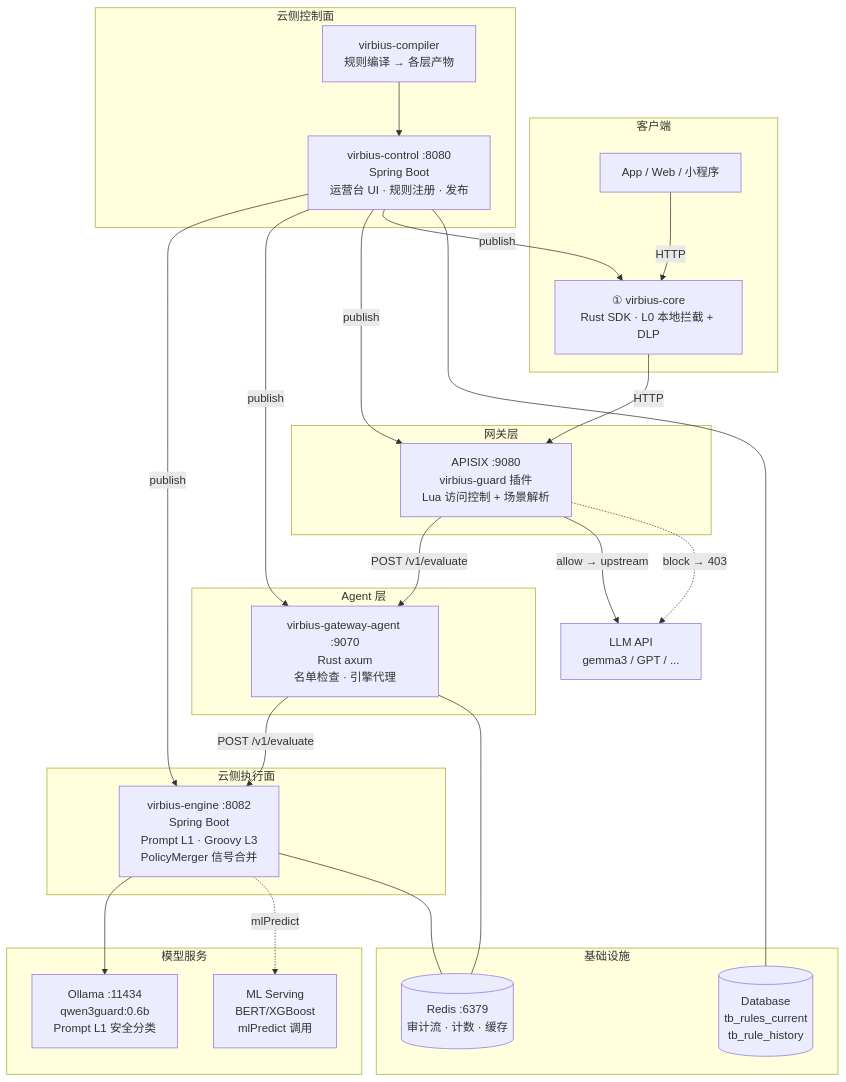
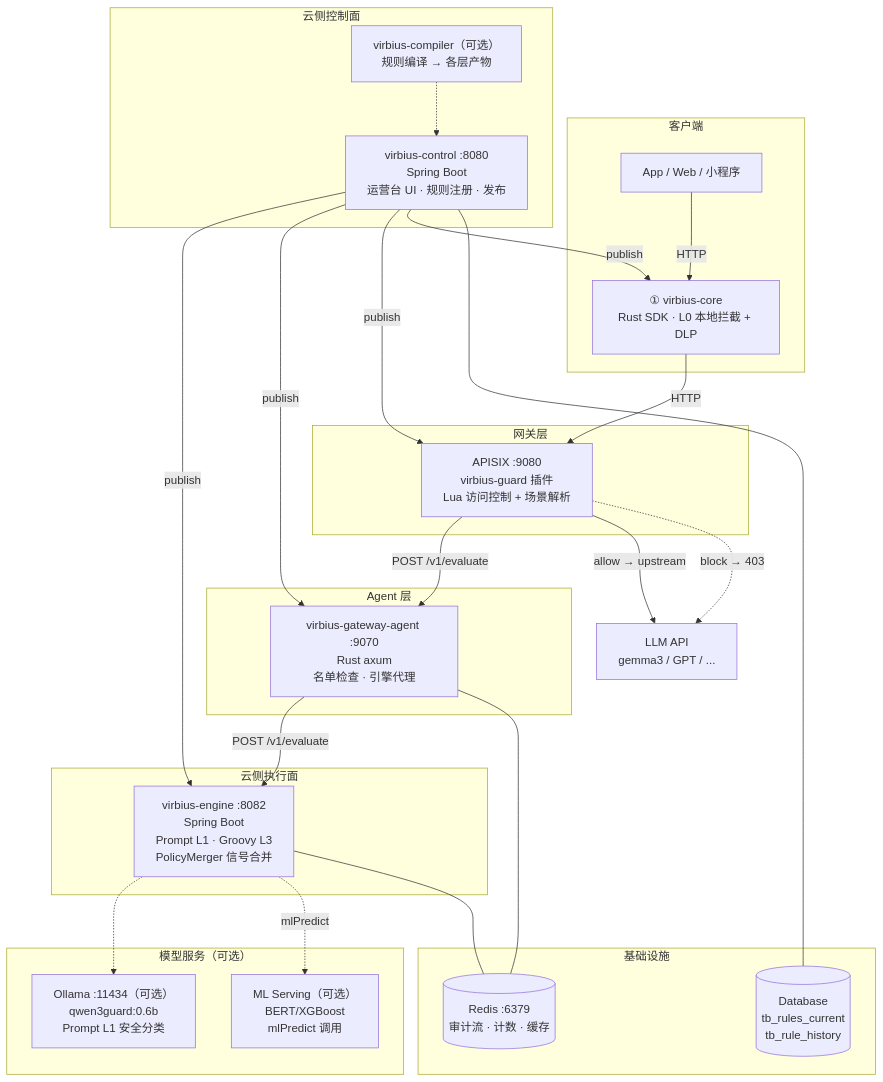
Before and after one commit to i1see1you/VirbiusLLM: the second of 2 diagrams in README.zh.md, drawn with Mermaid. The commit also changed other lines of this file and 3 other files, not shown here.

````diff
--- a/README.zh.md
+++ b/README.zh.md
@@ -68,49 +68,49 @@
 ```mermaid
 flowchart TB
     subgraph Client["客户端"]
         APP["App / Web / 小程序"]
         EDGE["① virbius-core<br/>Rust SDK · L0 本地拦截 + DLP"]
     end
 
     subgraph Gateway["网关层"]
         APISIX["APISIX :9080<br/>virbius-guard 插件<br/>Lua 访问控制 + 场景解析"]
     end
 
     subgraph Agent["Agent 层"]
         AGENT["virbius-gateway-agent :9070<br/>Rust axum<br/>名单检查 · 引擎代理"]
     end
 
     subgraph Engine["云侧执行面"]
         ENGINE["virbius-engine :8082<br/>Spring Boot<br/>Prompt L1 · Groovy L3<br/>PolicyMerger 信号合并"]
     end
 
     subgraph Control["云侧控制面"]
         CONTROL["virbius-control :8080<br/>Spring Boot<br/>运营台 UI · 规则注册 · 发布"]
-        COMPILER["virbius-compiler<br/>规则编译 → 各层产物"]
+        COMPILER["virbius-compiler（可选）<br/>规则编译 → 各层产物"]
     end
 
-    subgraph Models["模型服务"]
-        OLLAMA["Ollama :11434<br/>qwen3guard:0.6b<br/>Prompt L1 安全分类"]
-        ML["ML Serving<br/>BERT/XGBoost<br/>mlPredict 调用"]
+    subgraph Models["模型服务（可选）"]
+        OLLAMA["Ollama :11434（可选）<br/>qwen3guard:0.6b<br/>Prompt L1 安全分类"]
+        ML["ML Serving（可选）<br/>BERT/XGBoost<br/>mlPredict 调用"]
     end
 
     subgraph Infra["基础设施"]
         REDIS[("Redis :6379<br/>审计流 · 计数 · 缓存")]
         DB[("Database<br/>tb_rules_current<br/>tb_rule_history")]
     end
 
     APP -->|"HTTP"| EDGE -->|"HTTP"| APISIX
     APISIX -->|"POST /v1/evaluate"| AGENT -->|"POST /v1/evaluate"| ENGINE
-    ENGINE --> OLLAMA
+    ENGINE -.-> OLLAMA
     ENGINE -.->|"mlPredict"| ML
     APISIX -->|"allow → upstream"| LLM["LLM API<br/>gemma3 / GPT / ..."]
     APISIX -.->|"block → 403"| LLM
     CONTROL -->|"publish"| ENGINE
     CONTROL -->|"publish"| AGENT
     CONTROL -->|"publish"| APISIX
     CONTROL -->|"publish"| EDGE
-    COMPILER --> CONTROL
+    COMPILER -.-> CONTROL
     CONTROL --- DB
     AGENT --- REDIS
     ENGINE --- REDIS
 ```
````
